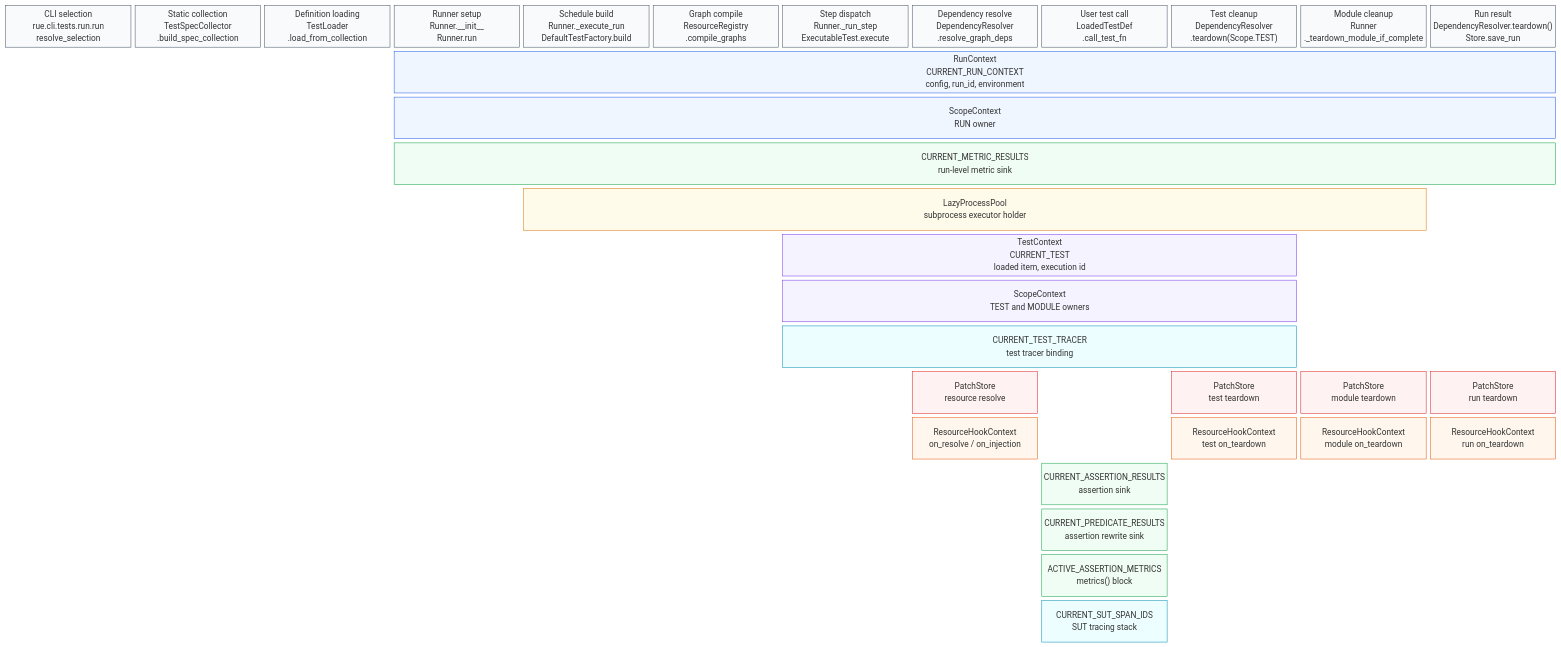
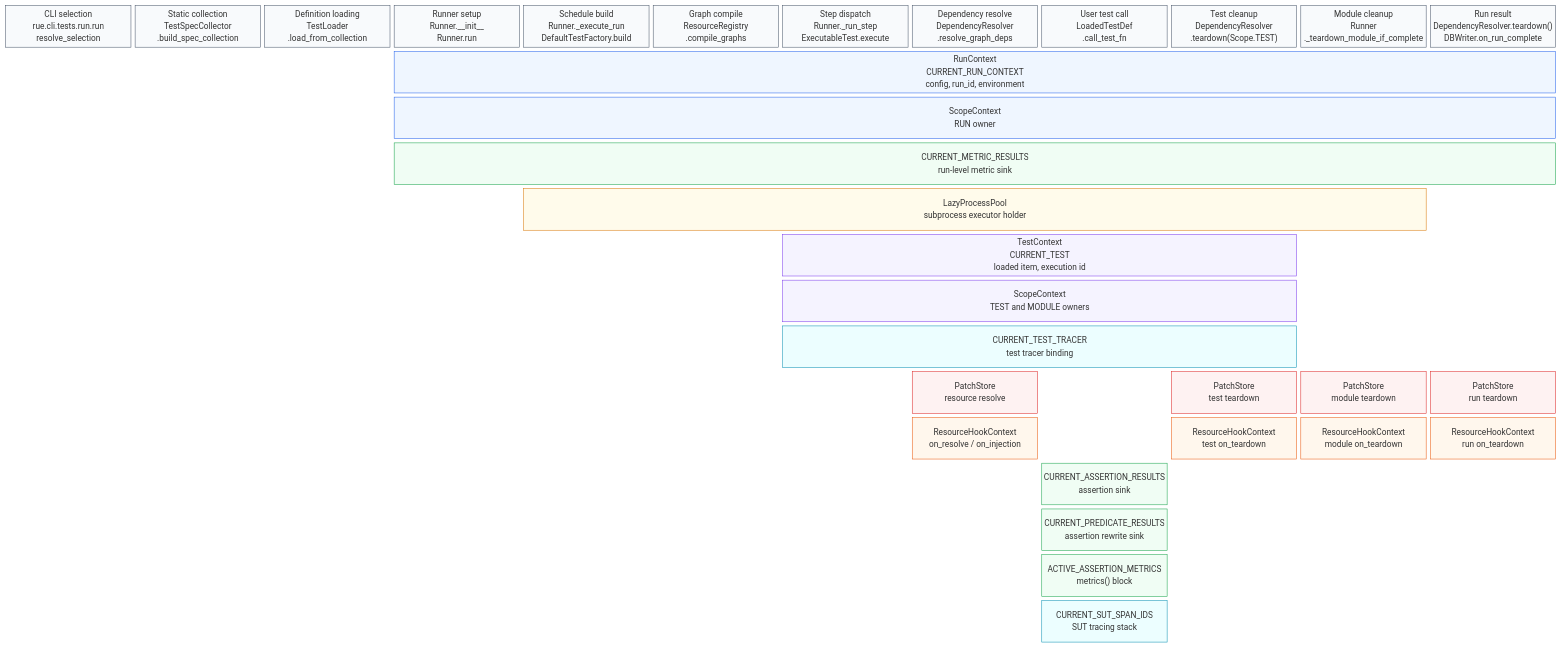
The diagram in src/rue/context/SPEC.md (nickshirobokov/rue), drawn with Mermaid before and after one commit. The commit also changed 35 other files, not shown here.

```diff
--- a/src/rue/context/SPEC.md
+++ b/src/rue/context/SPEC.md
@@ -39,7 +39,7 @@
   user_call["User test call<br/>LoadedTestDef<br/>.call_test_fn"]
   test_done["Test cleanup<br/>DependencyResolver<br/>.teardown(Scope.TEST)"]
   module_done["Module cleanup<br/>Runner<br/>._teardown_module_if_complete"]
-  final["Run result<br/>DependencyResolver.teardown()<br/>Store.save_run"]
+  final["Run result<br/>DependencyResolver.teardown()<br/>DBWriter.on_run_complete"]
 
   space:3
   run_ctx["RunContext<br/>CURRENT_RUN_CONTEXT<br/>config, run_id, environment"]:9
```
